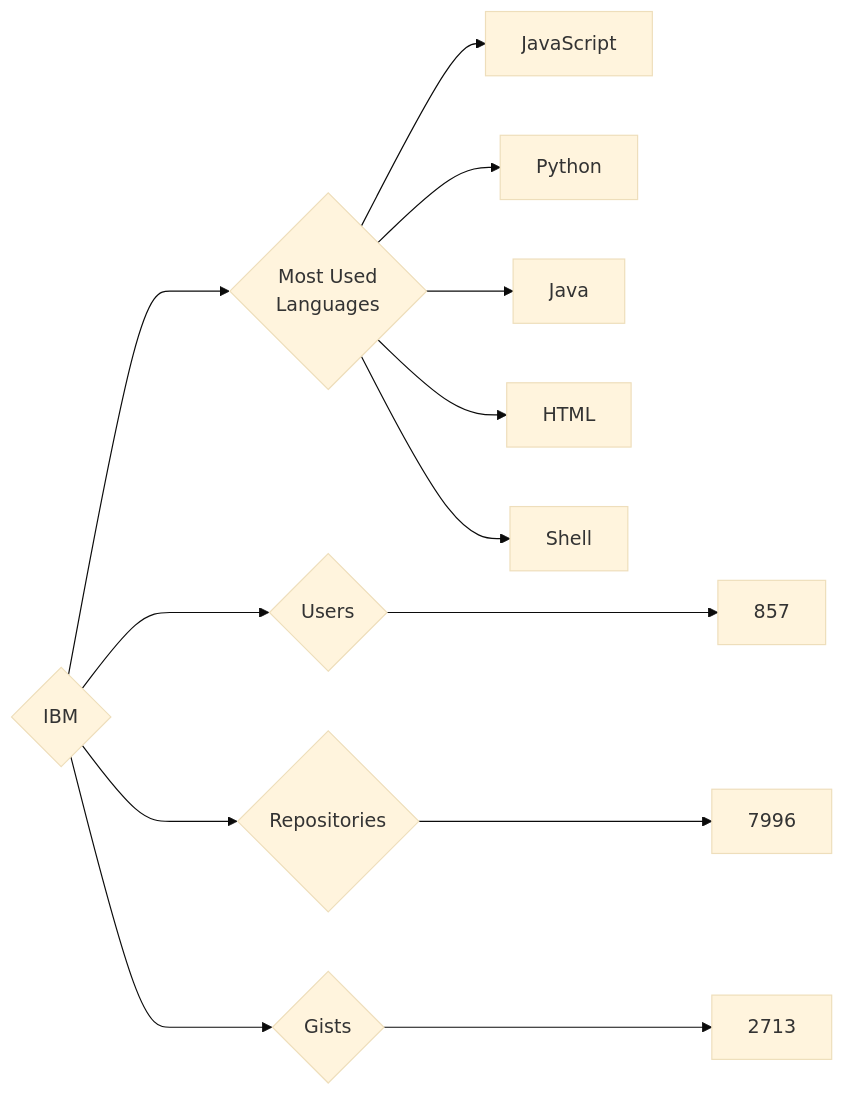
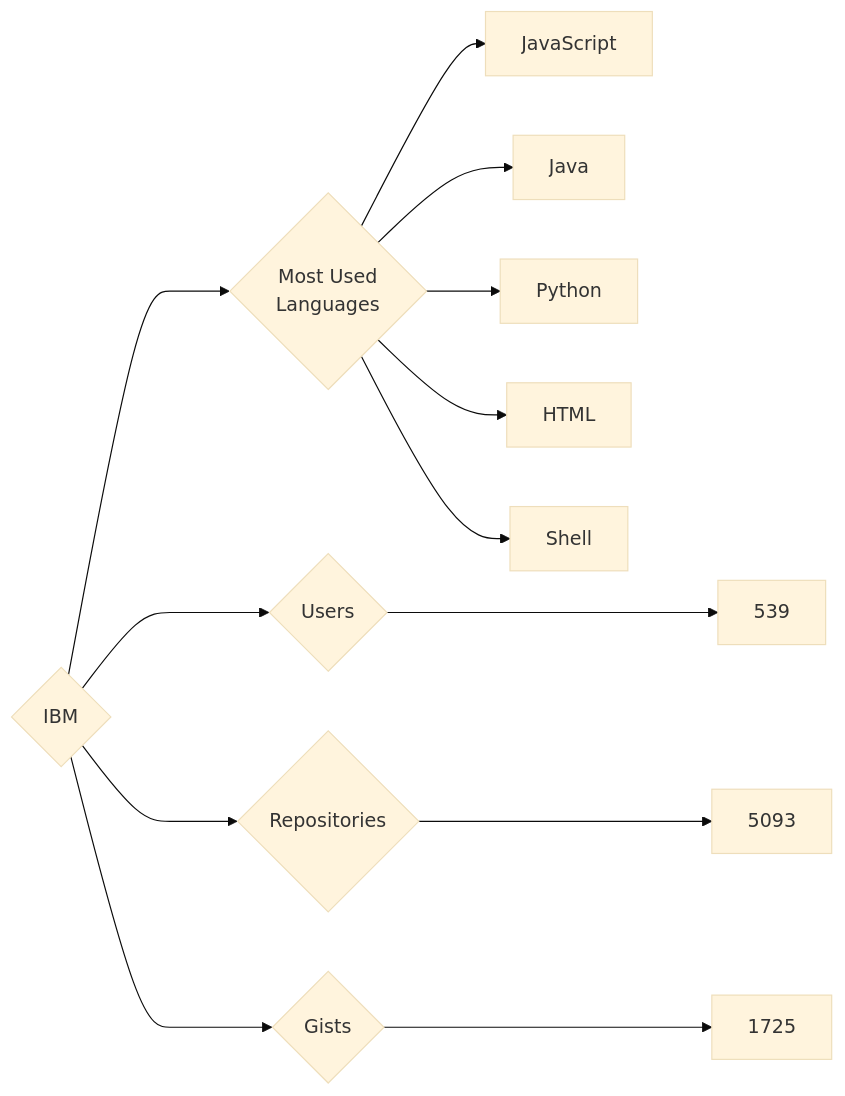
The diagram in targets/IBM/README.md (trickest/insiders), drawn with Mermaid (base theme) before and after one commit. The commit also changed 629 other files, not shown here.

````diff
--- a/targets/IBM/README.md
+++ b/targets/IBM/README.md
@@ -3,13 +3,13 @@
 ```mermaid
 graph LR
 COMPANY_NAME{IBM}
-COMPANY_NAME ---> U{Users} ---> UN[857]
-COMPANY_NAME ---> R{Repositories} ---> RN[7996]
-COMPANY_NAME ---> G{Gists} ---> GN[2713]
+COMPANY_NAME ---> U{Users} ---> UN[539]
+COMPANY_NAME ---> R{Repositories} ---> RN[5093]
+COMPANY_NAME ---> G{Gists} ---> GN[1725]
 COMPANY_NAME ---> ML{Most Used<br>Languages}
 ML --> JavaScript[JavaScript]
+ML --> Java[Java]
 ML --> Python[Python]
-ML --> Java[Java]
 ML --> HTML[HTML]
 ML --> Shell[Shell]
 ```
````
